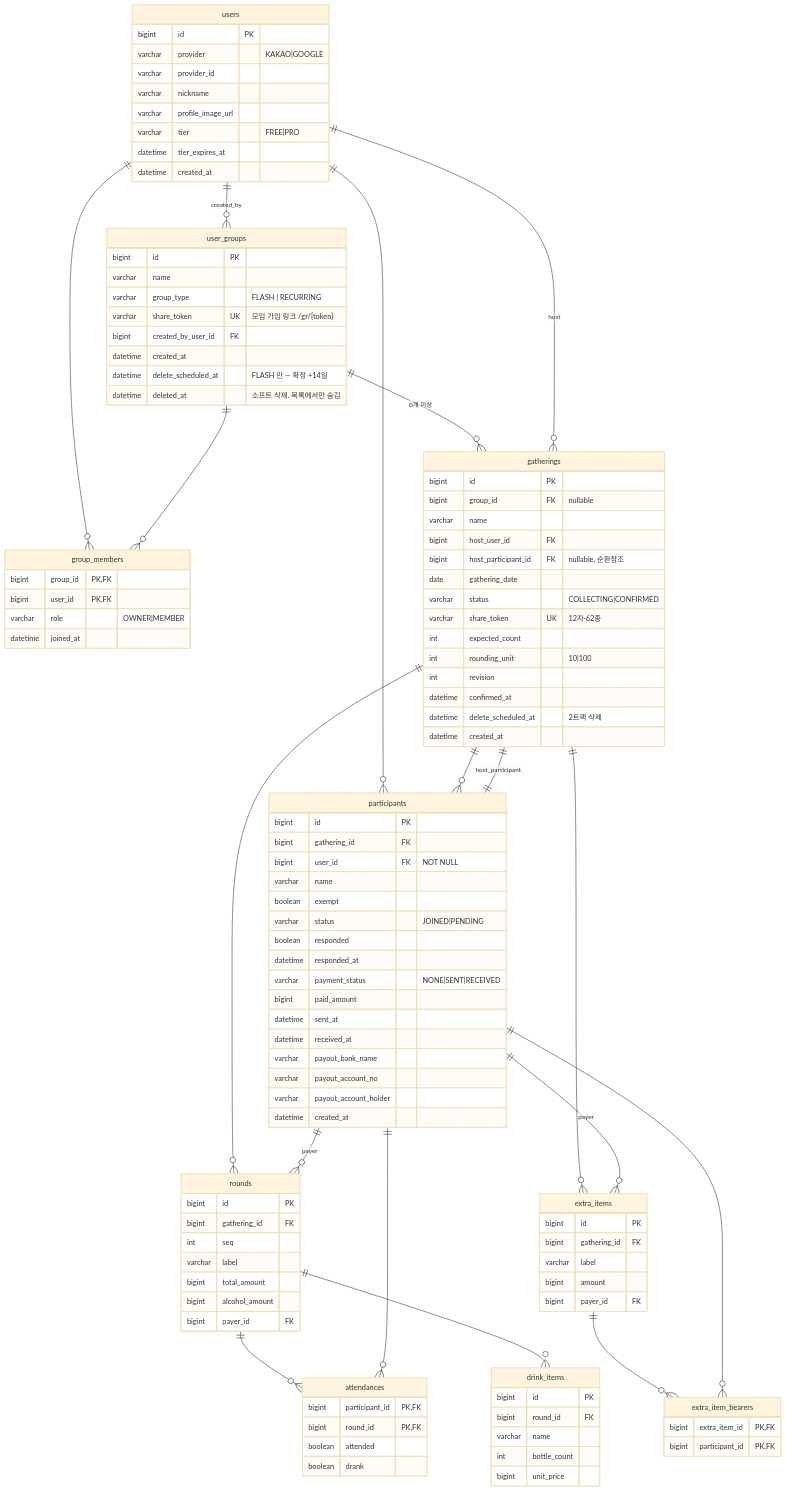
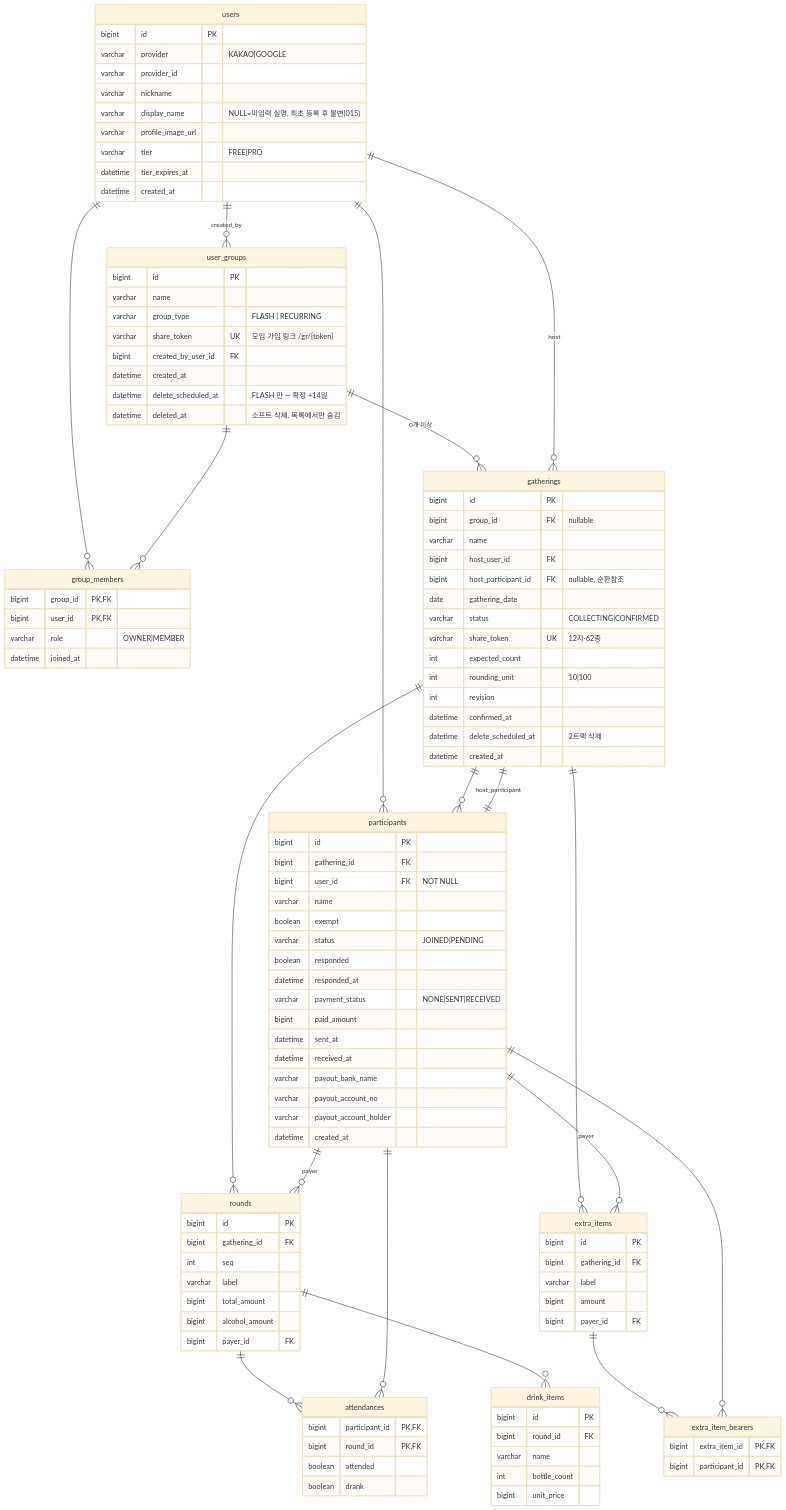
One commit to owencity/jungsan_attack changed the diagram in docs/ERD.md. Above: the diagram before and after it, drawn with Mermaid (base theme). The commit also changed 21 other files, not shown here.

```diff
--- a/docs/ERD.md
+++ b/docs/ERD.md
@@ -98,6 +98,7 @@
         varchar provider "KAKAO|GOOGLE"
         varchar provider_id
         varchar nickname
+        varchar display_name "NULL=미입력 실명, 최초 등록 후 불변(015)"
         varchar profile_image_url
         varchar tier "FREE|PRO"
         datetime tier_expires_at
```
